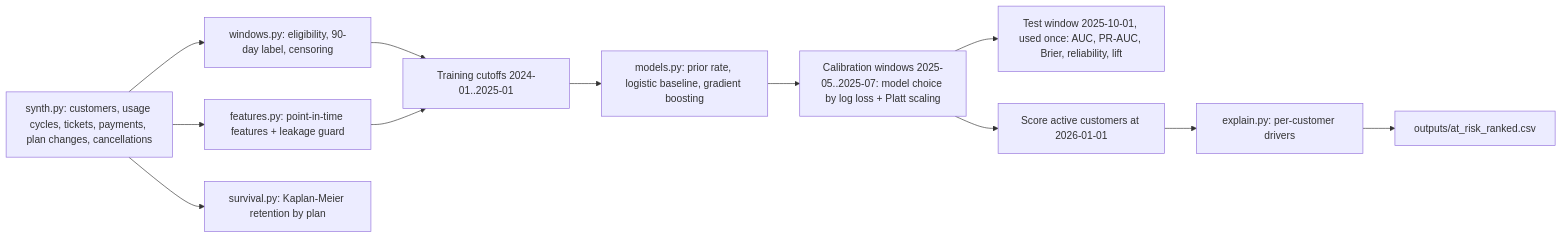
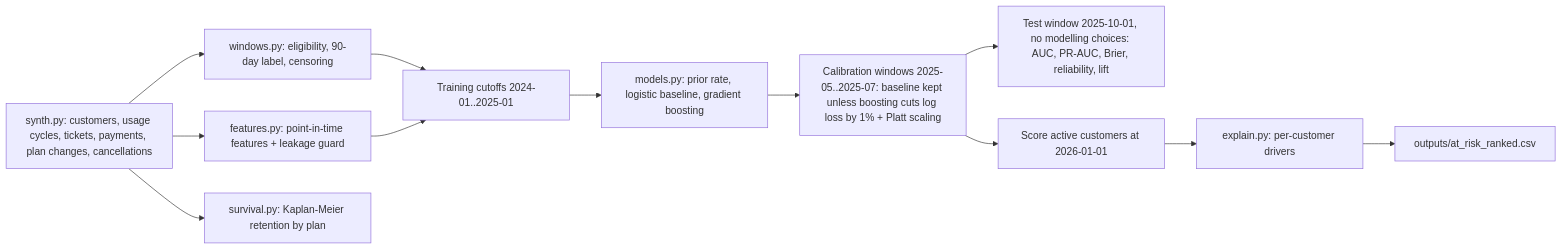
Before and after one commit to Sandyyy123/churn-modeling-demo: the diagram in README.md, drawn with Mermaid. The commit also changed other lines of this file and 2 other files, not shown here.

Commit message:
Keep the logistic baseline unless boosting clearly wins on the calibration windows; clarify calibration and test-window wording

````diff
--- a/README.md
+++ b/README.md
@@ -34,14 +34,14 @@
 ```mermaid
 flowchart LR
     A[synth.py: customers, usage cycles, tickets, payments, plan changes, cancellations] --> B[windows.py: eligibility, 90-day label, censoring]
     A --> C[features.py: point-in-time features + leakage guard]
     B --> D[Training cutoffs 2024-01..2025-01]
     C --> D
     D --> E[models.py: prior rate, logistic baseline, gradient boosting]
-    E --> F[Calibration windows 2025-05..2025-07: model choice by log loss + Platt scaling]
-    F --> G[Test window 2025-10-01, used once: AUC, PR-AUC, Brier, reliability, lift]
+    E --> F[Calibration windows 2025-05..2025-07: baseline kept unless boosting cuts log loss by 1% + Platt scaling]
+    F --> G[Test window 2025-10-01, no modelling choices: AUC, PR-AUC, Brier, reliability, lift]
     F --> H[Score active customers at 2026-01-01]
     H --> I[explain.py: per-customer drivers]
     I --> J[outputs/at_risk_ranked.csv]
     A --> K[survival.py: Kaplan-Meier retention by plan]
 ```
````
